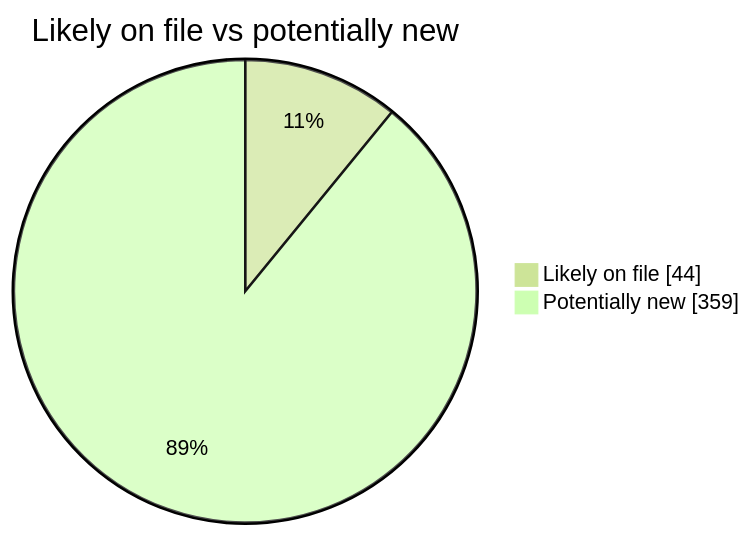
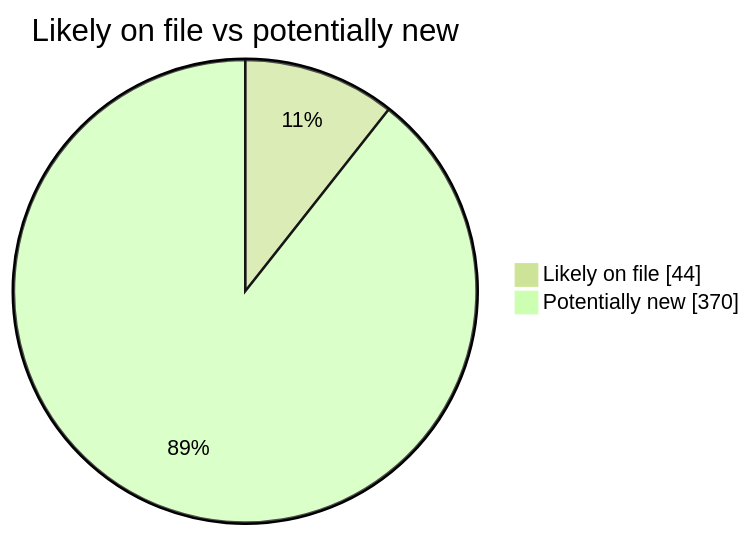
Before and after one commit to martinbalfanz/social-scanner-reports: the second of 4 diagrams in README.md, drawn with Mermaid (forest theme). The commit also changed other lines of this file and 4 other files, not shown here.

````diff
--- a/README.md
+++ b/README.md
@@ -40,5 +40,5 @@
 ```mermaid
 pie showData title Likely on file vs potentially new
     "Likely on file" : 44
-    "Potentially new" : 359
+    "Potentially new" : 370
 ```
````
